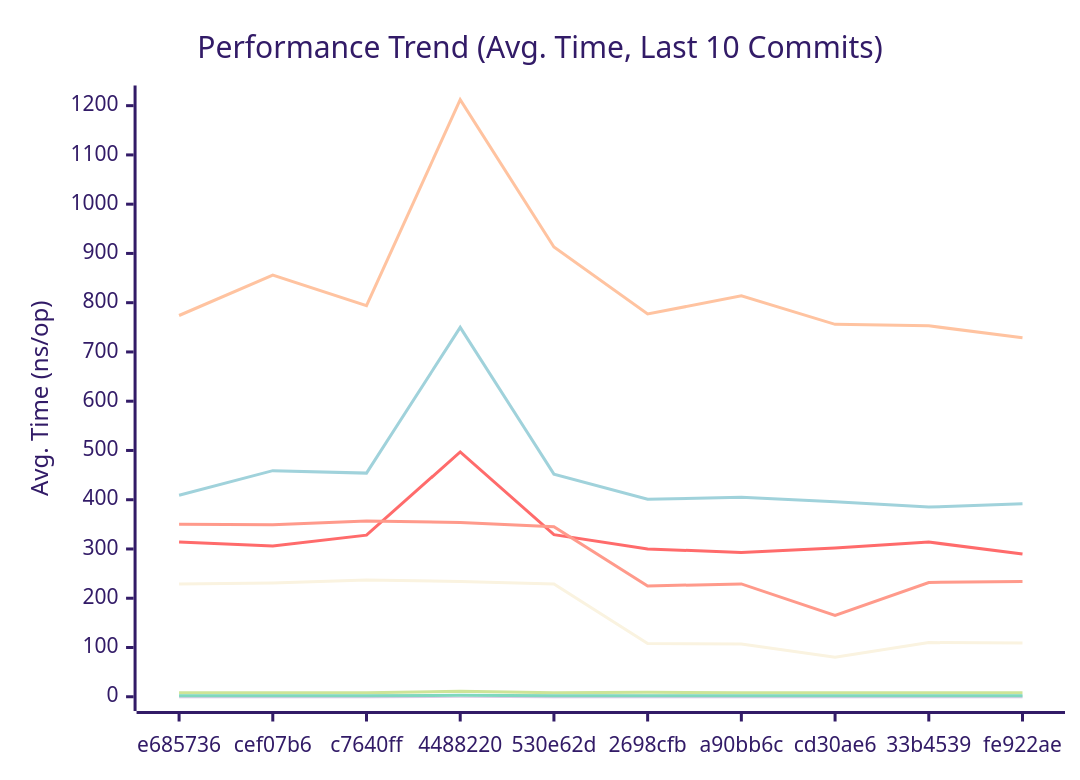
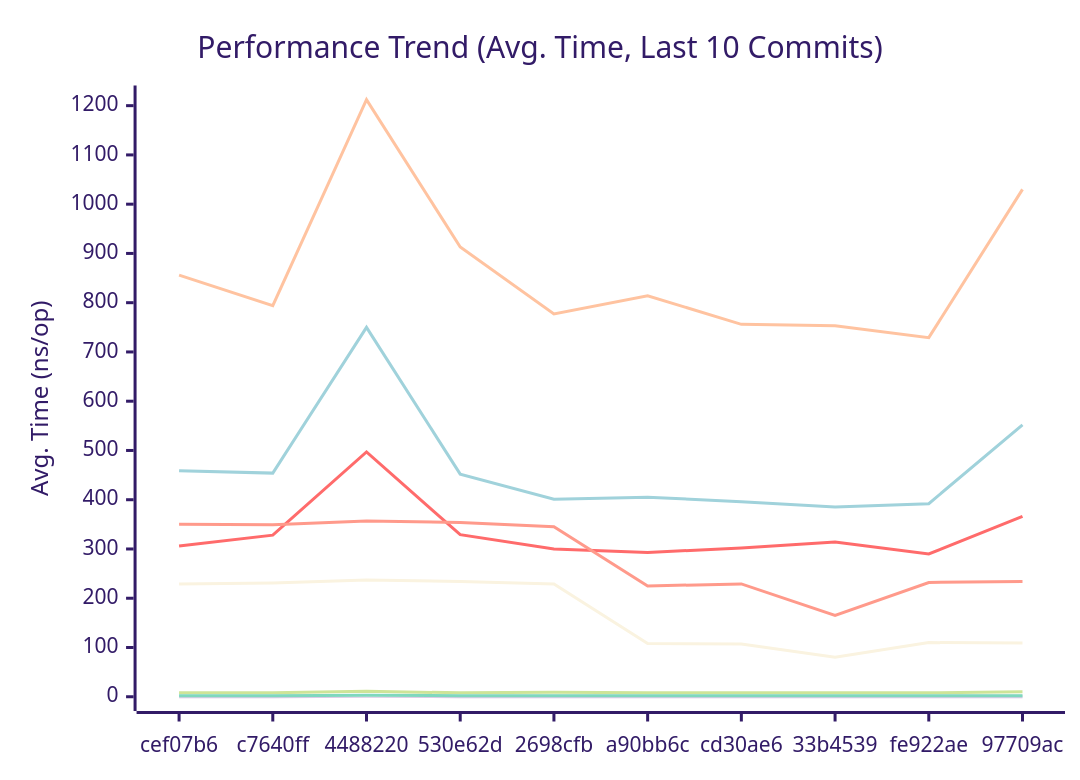
The first of 3 diagrams in docs/PERFORMANCE.md (alsotoes/momo), drawn with Mermaid (forest theme) before and after one commit. The commit also changed other lines of this file and 2 other files, not shown here.

````diff
--- a/docs/PERFORMANCE.md
+++ b/docs/PERFORMANCE.md
@@ -80,16 +80,16 @@
 ```mermaid
 xychart-beta
     title "Performance Trend (Avg. Time, Last 10 Commits)"
     x-axis "Commit"
     y-axis "Avg. Time (ns/op)"
-    x-axis [e685736,cef07b6,c7640ff,4488220,530e62d,2698cfb,a90bb6c,cd30ae6,33b4539,fe922ae]
-    line "CheckMetricsAndSwap" [8,8,8,11,8,9,8,8,8,8]
-    line "CrushOptimized" [314,306,328,497,329,300,293,302,314,290]
-    line "CrushOriginal" [409,459,454,750,452,401,405,396,385,392]
-    line "IndexDirectTracking" [0,0,0,1,0,0,0,0,0,0]
+    x-axis [cef07b6,c7640ff,4488220,530e62d,2698cfb,a90bb6c,cd30ae6,33b4539,fe922ae,97709ac]
+    line "CheckMetricsAndSwap" [8,8,11,8,9,8,8,8,8,10]
+    line "CrushOptimized" [306,328,497,329,300,293,302,314,290,366]
+    line "CrushOriginal" [459,454,750,452,401,405,396,385,392,552]
+    line "IndexDirectTracking" [0,0,1,0,0,0,0,0,0,0]
     line "IndexSearch" [2,2,2,2,2,2,2,2,2,2]
-    line "LoadGlobalConfig" [774,856,794,1212,913,777,814,756,753,729]
-    line "PadString" [2,2,2,3,2,2,2,2,2,2]
+    line "LoadGlobalConfig" [856,794,1212,913,777,814,756,753,729,1030]
+    line "PadString" [2,2,3,2,2,2,2,2,2,2]
     line "ParseReplicationOrder_NoPrealloc" [350,349,357,354,345,225,229,165,232,234]
     line "ParseReplicationOrder_Prealloc" [229,231,237,234,229,108,107,80,110,109]
 ```
````
